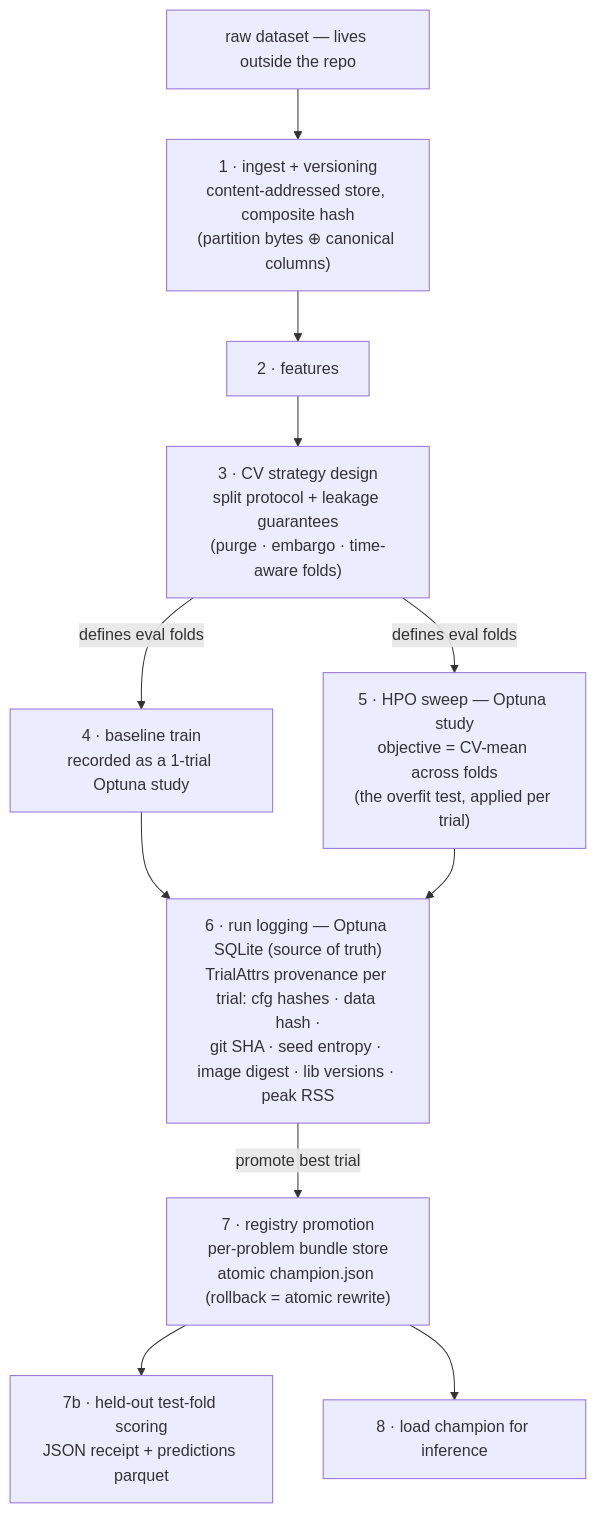
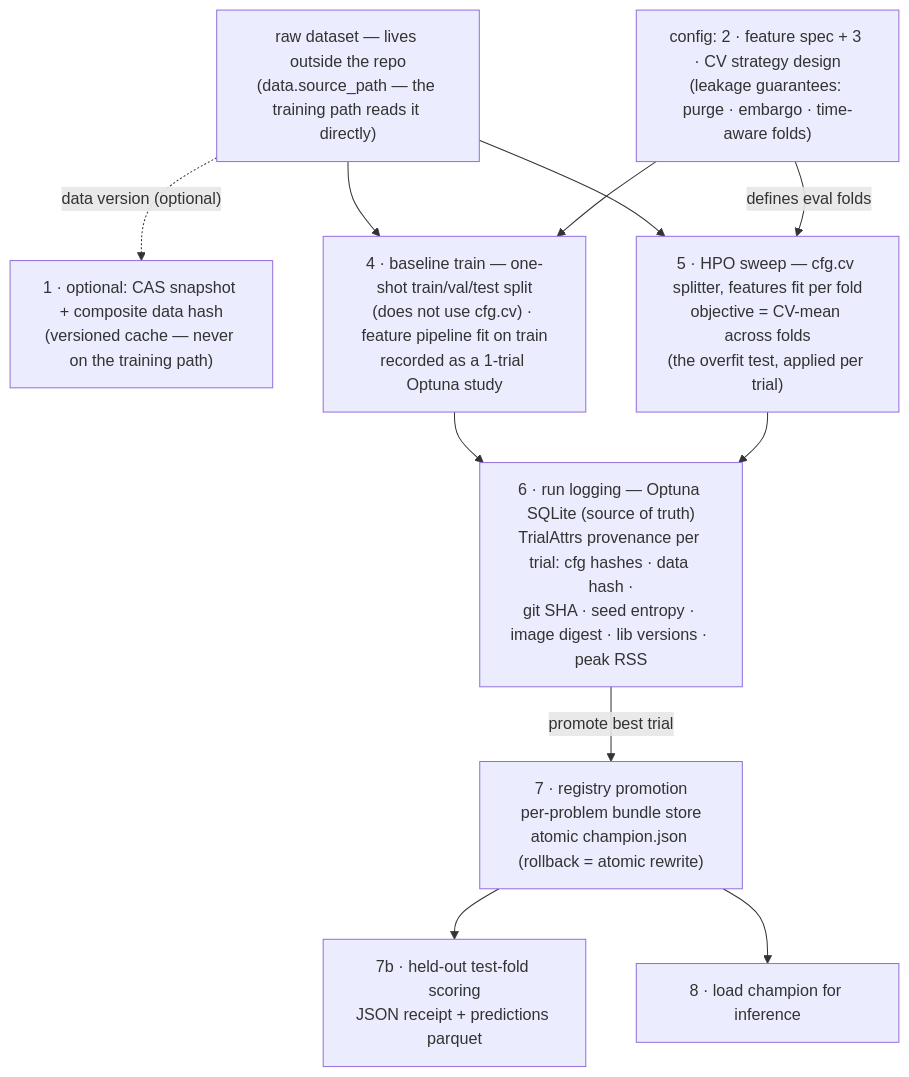
One commit to rux-eth/rux-ml changed the diagram in README.md. Above: the diagram before and after it, drawn with Mermaid. The commit also changed other lines of this file, not shown here.

````diff
--- a/README.md
+++ b/README.md
@@ -222,22 +222,23 @@
 ```mermaid
 flowchart TB
-    RAW["raw dataset — lives outside the repo"]
-    CAS["1 · ingest + versioning<br/>content-addressed store, composite hash<br/>(partition bytes ⊕ canonical columns)"]
-    FEAT["2 · features"]
-    CV["3 · CV strategy design<br/>split protocol + leakage guarantees<br/>(purge · embargo · time-aware folds)"]
-    TRAIN["4 · baseline train<br/>recorded as a 1-trial Optuna study"]
-    TUNE["5 · HPO sweep — Optuna study<br/>objective = CV-mean across folds<br/>(the overfit test, applied per trial)"]
+    RAW["raw dataset — lives outside the repo<br/>(data.source_path — the training path reads it directly)"]
+    CAS["1 · optional: CAS snapshot + composite data hash<br/>(versioned cache — never on the training path)"]
+    SPEC["config: 2 · feature spec + 3 · CV strategy design<br/>(leakage guarantees: purge · embargo · time-aware folds)"]
+    TRAIN["4 · baseline train — one-shot train/val/test split<br/>(does not use cfg.cv) · feature pipeline fit on train<br/>recorded as a 1-trial Optuna study"]
+    TUNE["5 · HPO sweep — cfg.cv splitter, features fit per fold<br/>objective = CV-mean across folds<br/>(the overfit test, applied per trial)"]
     LOG["6 · run logging — Optuna SQLite (source of truth)<br/>TrialAttrs provenance per trial: cfg hashes · data hash ·<br/>git SHA · seed entropy · image digest · lib versions · peak RSS"]
     REG["7 · registry promotion<br/>per-problem bundle store<br/>atomic champion.json (rollback = atomic rewrite)"]
     SCORE["7b · held-out test-fold scoring<br/>JSON receipt + predictions parquet"]
     LOAD["8 · load champion for inference"]
 
-    RAW --> CAS --> FEAT --> CV
-    CV -->|"defines eval folds"| TRAIN
-    CV -->|"defines eval folds"| TUNE
+    RAW -.->|"data version (optional)"| CAS
+    RAW --> TRAIN
+    RAW --> TUNE
+    SPEC --> TRAIN
+    SPEC -->|"defines eval folds"| TUNE
     TRAIN --> LOG
     TUNE --> LOG
     LOG -->|"promote best trial"| REG
     REG --> SCORE
     REG --> LOAD
 ```
````
